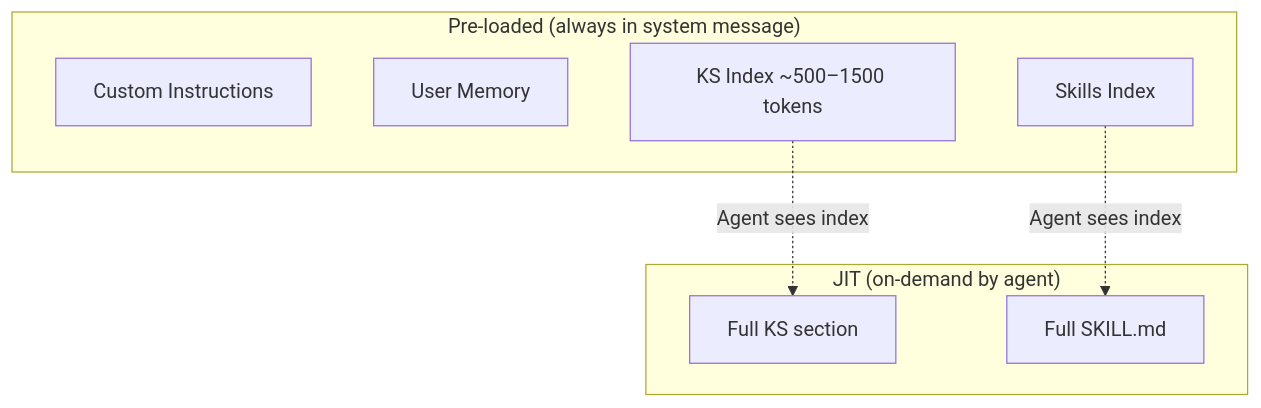
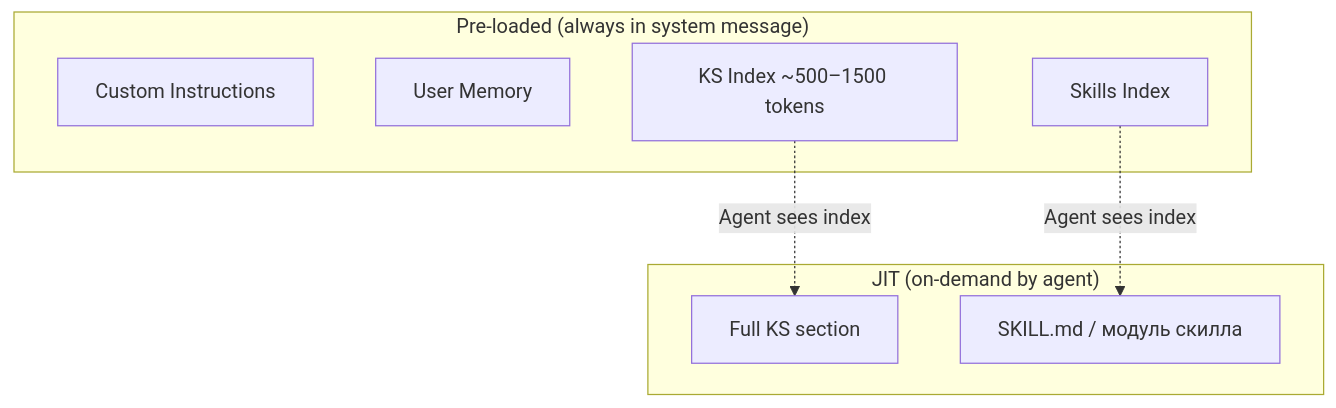
Before and after one commit to Bbar0n234/learnflow-ai: the third of 4 diagrams in doc/tech/agent-runtime.md, drawn with Mermaid. The commit also changed other lines of this file and 5 other files, not shown here.

````diff
--- a/doc/tech/agent-runtime.md
+++ b/doc/tech/agent-runtime.md
@@ -120,17 +120,17 @@
 ```mermaid
 graph TD
     subgraph "Pre-loaded (always in system message)"
         CI["Custom Instructions"]
         UM["User Memory"]
         KSI["KS Index ~500–1500 tokens"]
         SI["Skills Index"]
     end
 
     subgraph "JIT (on-demand by agent)"
         KSF["Full KS section"]
-        SKL["Full SKILL.md"]
+        SKL["SKILL.md / модуль скилла"]
     end
 
     KSI -.->|"Agent sees index"| KSF
     SI -.->|"Agent sees index"| SKL
 ```
````
